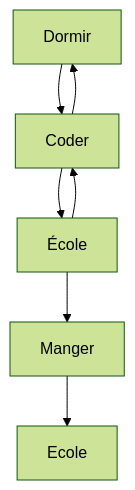
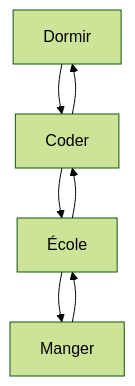
Before and after one commit to userzfr/userzfr: the diagram in README.md, drawn with Mermaid (forest theme).

````diff
--- a/README.md
+++ b/README.md
@@ -30,9 +30,9 @@
 ```mermaid 
     graph TD;
     Dormir-->Coder;
     Coder-->École;
     École-->Manger;
-    Manger-->Ecole;
+    Manger-->École;
     École-->Coder;
     Coder-->Dormir;
 ```
````
